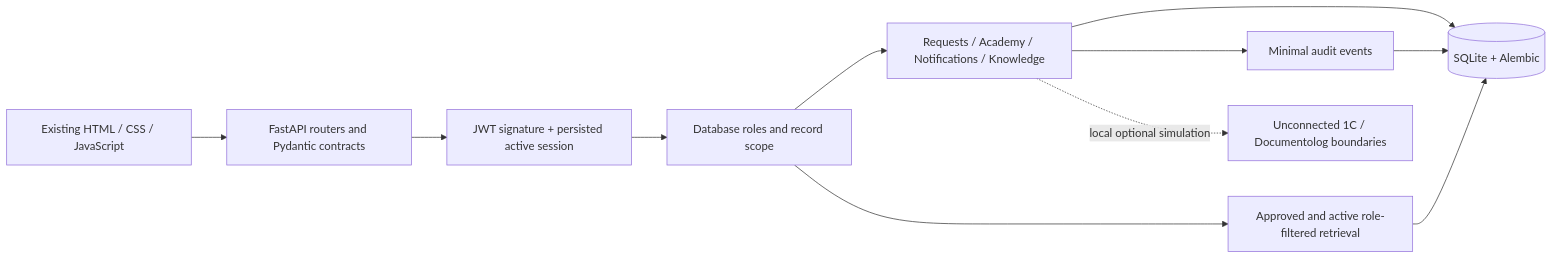
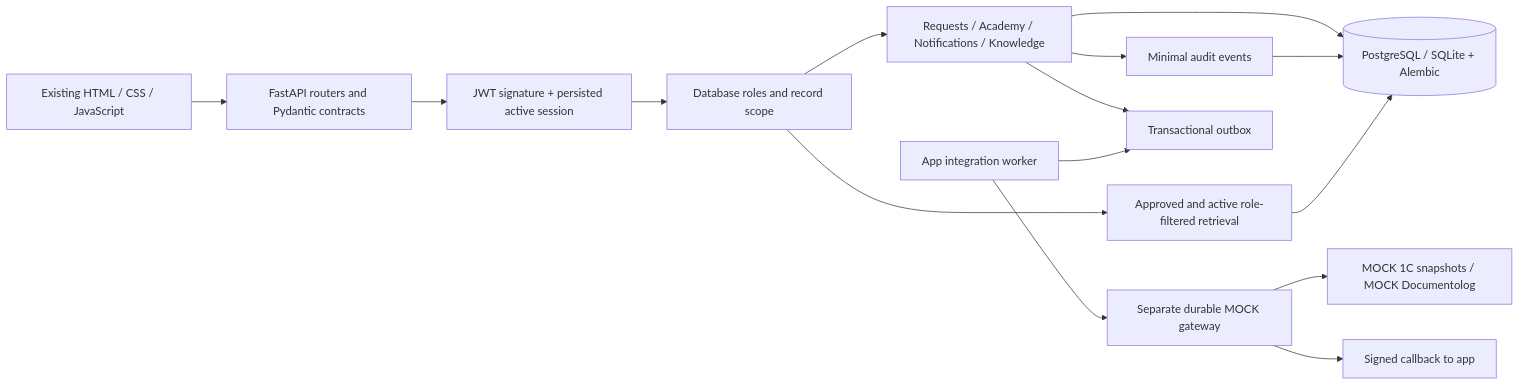
Before and after one commit to shokkanuly/Posttech: the diagram in ARCHITECTURE.md, drawn with Mermaid. The commit also changed other lines of this file and 50 other files, not shown here.

First line of the commit message:
feat(integrations): Add durable MOCK gateway and HR telemetry

````diff
--- a/ARCHITECTURE.md
+++ b/ARCHITECTURE.md
@@ -7,13 +7,17 @@
 ```mermaid
 flowchart LR
   Browser[Existing HTML / CSS / JavaScript] --> API[FastAPI routers and Pydantic contracts]
   API --> Identity[JWT signature + persisted active session]
   Identity --> Scope[Database roles and record scope]
   Scope --> Services[Requests / Academy / Notifications / Knowledge]
-  Services --> DB[(SQLite + Alembic)]
+  Services --> DB[(PostgreSQL / SQLite + Alembic)]
   Services --> Audit[Minimal audit events]
   Audit --> DB
   Scope --> AI[Approved and active role-filtered retrieval]
   AI --> DB
-  Services -. local optional simulation .-> Adapters[Unconnected 1C / Documentolog boundaries]
+  Services --> Outbox[Transactional outbox]
+  Worker[App integration worker] --> Outbox
+  Worker --> Gateway[Separate durable MOCK gateway]
+  Gateway --> Connectors[MOCK 1C snapshots / MOCK Documentolog]
+  Gateway --> Callback[Signed callback to app]
 ```
````
